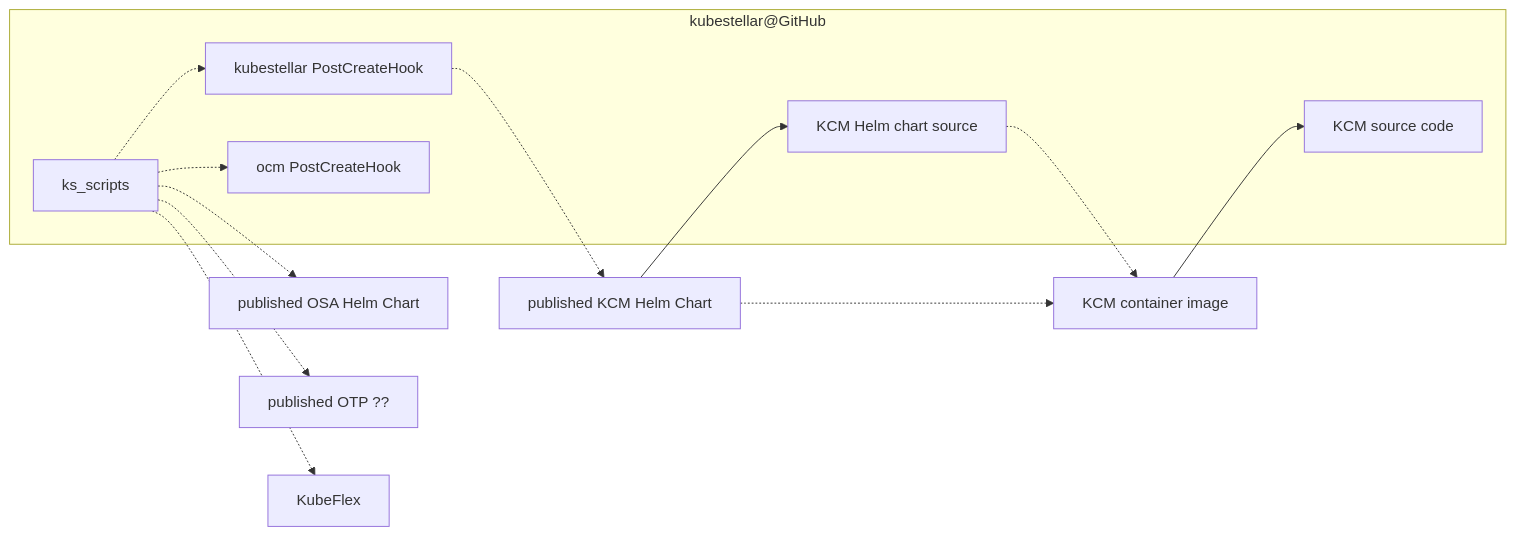
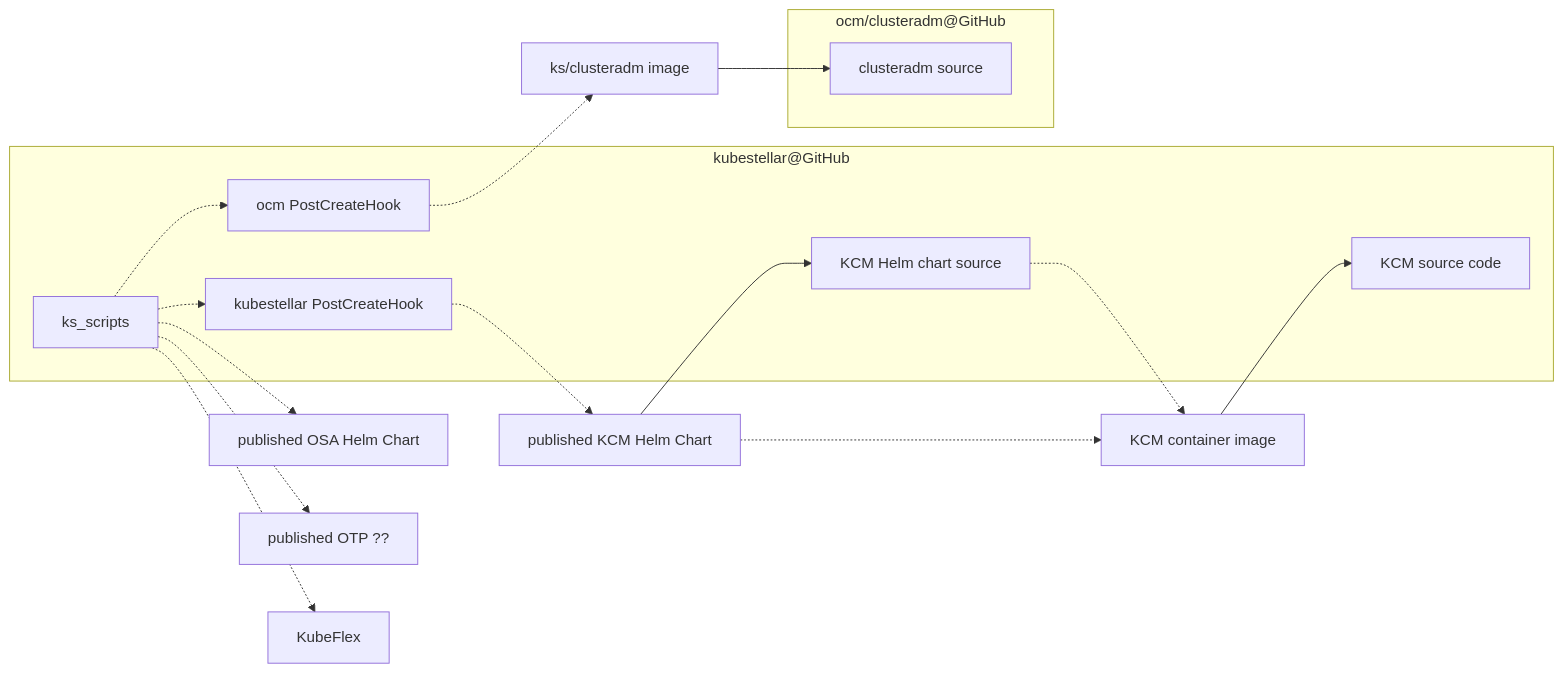
The third of 4 diagrams in docs/content/v0.20/packaging.md (kubestellar/kubestellar), drawn with Mermaid before and after one commit. The commit also changed other lines of this file, not shown here.

Commit message:
Describe clusteradm in packaging.md

````diff
--- a/docs/content/v0.20/packaging.md
+++ b/docs/content/v0.20/packaging.md
@@ -111,19 +111,24 @@
 ```mermaid
 flowchart LR
-    subgraph "kubestellar@GitHub"
+    subgraph cladm_repo["ocm/clusteradm@GitHub"]
+    cladm_src["clusteradm source"]
+    end
+    subgraph ks_repo["kubestellar@GitHub"]
     kcm_code[KCM source code]
     kcm_hc_src[KCM Helm chart source]
     ks_pch[kubestellar PostCreateHook]
     ocm_pch["ocm PostCreateHook"]
     ks_scripts -.-> ocm_pch
     ks_scripts -.-> ks_pch
     end
+    cladm_image["ks/clusteradm image"] --> cladm_src
+    ocm_pch -.-> cladm_image
     kcm_ctr_image[KCM container image] --> kcm_code
     kcm_hc_repo[published KCM Helm Chart] --> kcm_hc_src
     kcm_hc_src -.-> kcm_ctr_image
     kcm_hc_repo -.-> kcm_ctr_image
     ks_pch  -.-> kcm_hc_repo
     ks_scripts -.-> osa_hc_repo[published OSA Helm Chart]
     ks_scripts -.-> otp_something["published OTP ??"]
     ks_scripts -.-> KubeFlex
 ```
````
